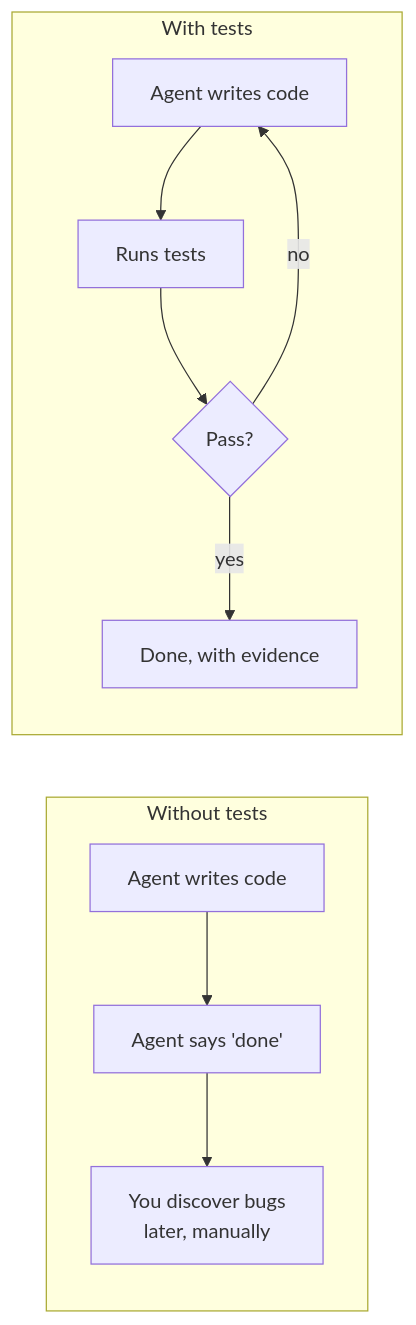
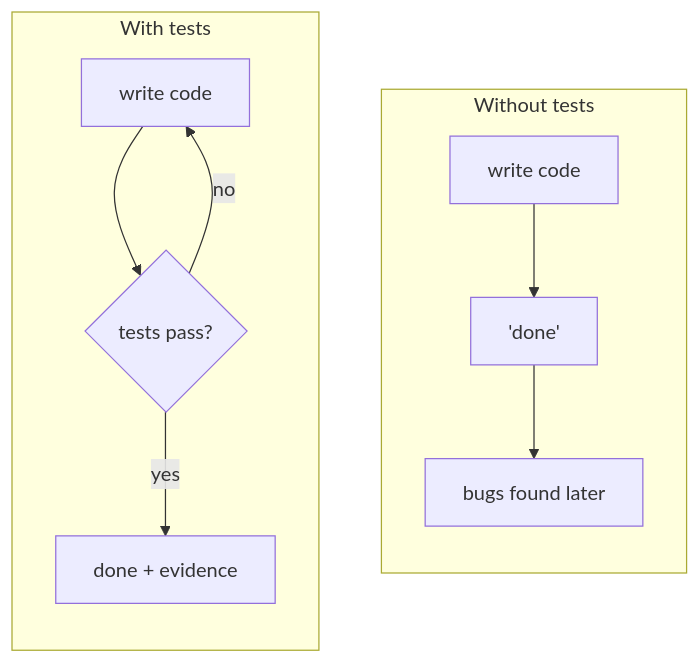
Before and after one commit to tomschinelli/ai-engineering-guide: the first of 6 diagrams in levels/L4-test-first.md, drawn with Mermaid. The commit also changed other lines of this file and 3 other files, not shown here.

````diff
--- a/levels/L4-test-first.md
+++ b/levels/L4-test-first.md
@@ -10,11 +18,13 @@
 ```mermaid
-flowchart LR
-    subgraph Without tests
-      A1[Agent writes code] --> A2[Agent says 'done'] --> A3[You discover bugs<br/>later, manually]
+flowchart TB
+    subgraph Without["Without tests"]
+      direction TB
+      A1[write code] --> A2["'done'"] --> A3[bugs found later]
     end
-    subgraph With tests
-      B1[Agent writes code] --> B2[Runs tests] --> B3{Pass?}
+    subgraph With["With tests"]
+      direction TB
+      B1[write code] --> B3{tests pass?}
       B3 -- no --> B1
-      B3 -- yes --> B4[Done, with evidence]
+      B3 -- yes --> B4[done + evidence]
     end
 ```
````
